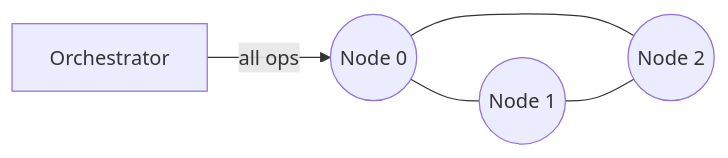
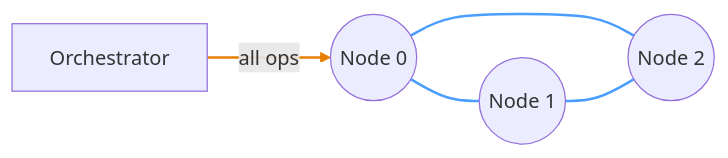
The sixth of 6 diagrams in README.md (exokernel/replicant), drawn with Mermaid before and after one commit. The commit also changed other lines of this file, not shown here.

Commit message:
color write ops vs sync connections in write pattern diagrams

````diff
--- a/README.md
+++ b/README.md
@@ -157,8 +159,10 @@
 ```mermaid
 graph LR
     O[Orchestrator]
     O -->|"all ops"| N0((Node 0))
     N0 --- N1((Node 1))
     N0 --- N2((Node 2))
     N1 --- N2
+    linkStyle 0 stroke:#e67e00,stroke-width:2px
+    linkStyle 1,2,3 stroke:#4a9eff,stroke-width:2px
 ```
````
